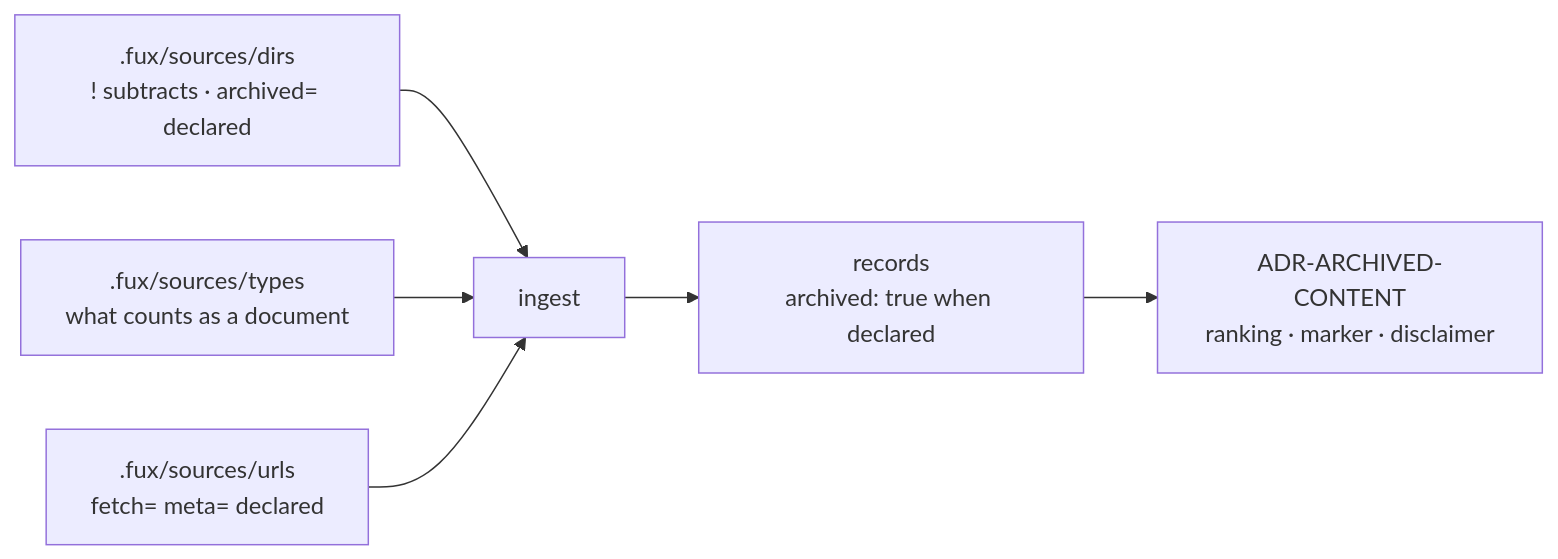
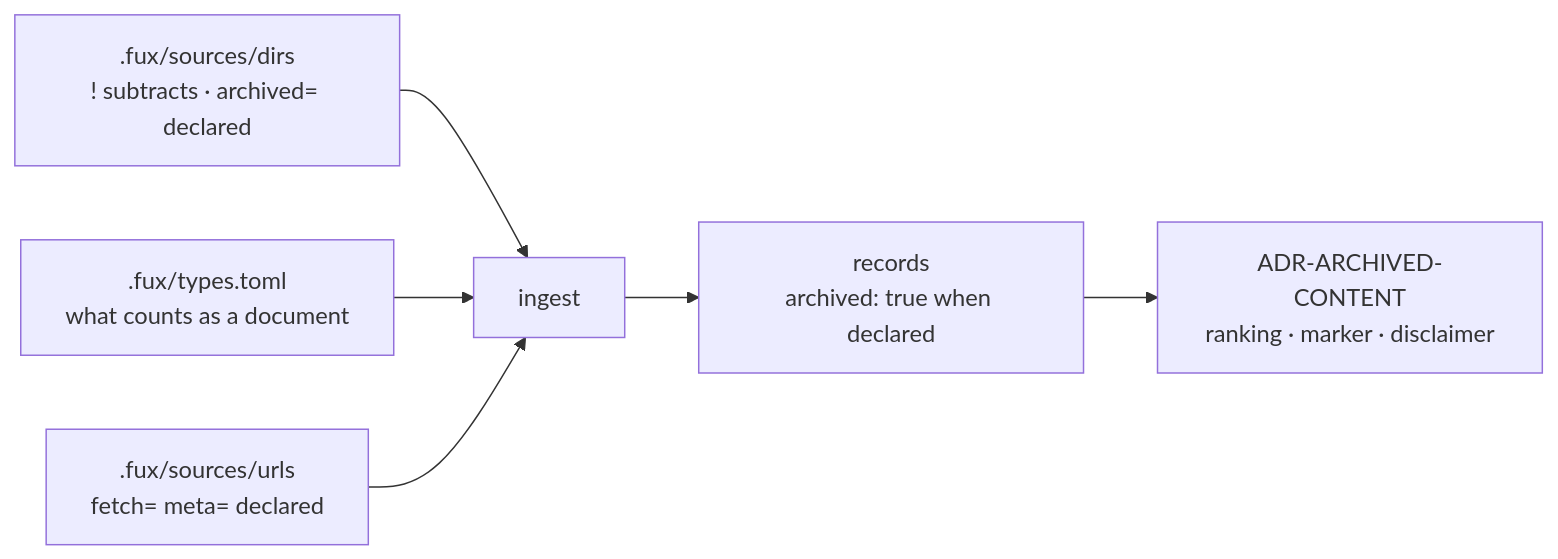
Before and after one commit to arpitarya/fux: the diagram in docs/adr/0030_dir-list.md, drawn with Mermaid. The commit also changed other lines of this file and 71 other files, not shown here.

````diff
--- a/docs/adr/0030_dir-list.md
+++ b/docs/adr/0030_dir-list.md
@@ -48,8 +48,8 @@
 ```mermaid
 flowchart LR
     D[".fux/sources/dirs<br/>! subtracts · archived= declared"] --> I["ingest"]
-    T[".fux/sources/types<br/>what counts as a document"] --> I
+    T[".fux/types.toml<br/>what counts as a document"] --> I
     U[".fux/sources/urls<br/>fetch= meta= declared"] --> I
     I --> R["records<br/>archived: true when declared"]
     R --> X["ADR-ARCHIVED-CONTENT<br/>ranking · marker · disclaimer"]
 ```
````
